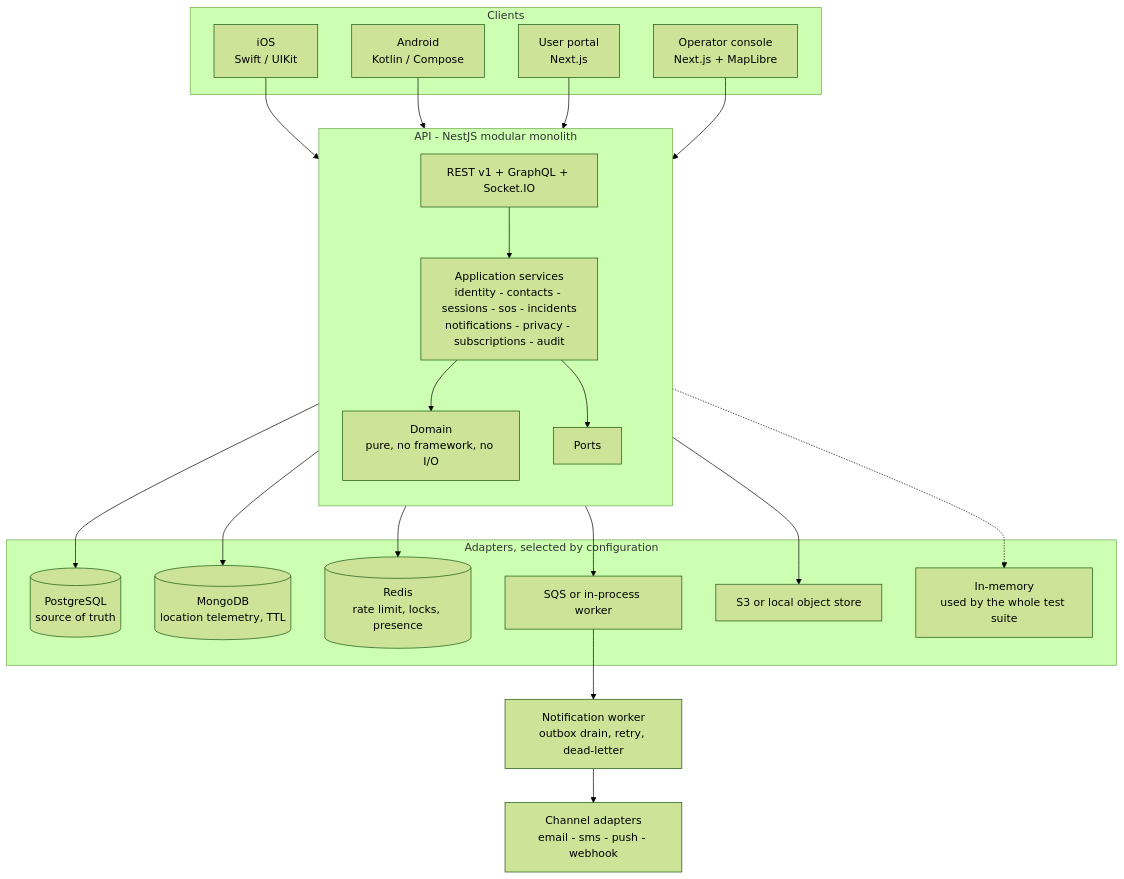
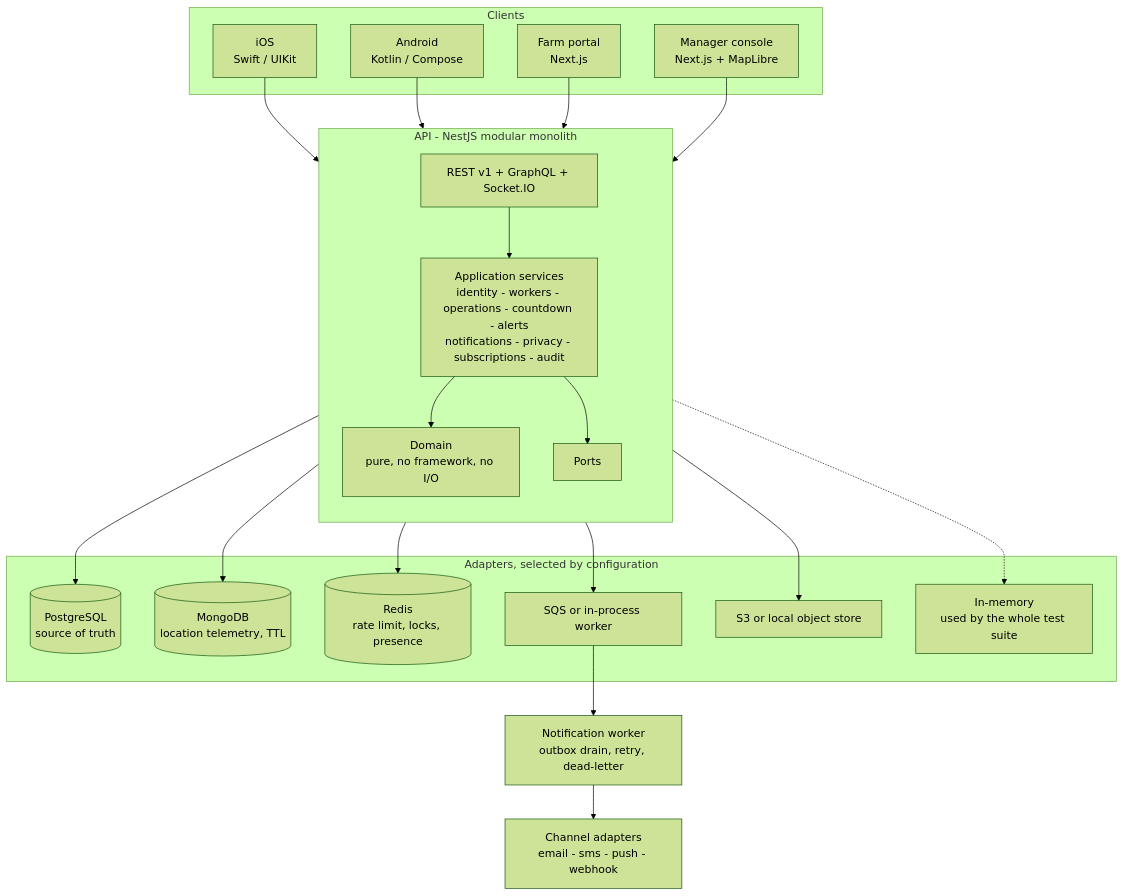
One commit to Sam12355/agricore-farm-platform changed the first of 2 diagrams in README.md. Above: the diagram before and after it, drawn with Mermaid (forest theme). The commit also changed other lines of this file and 205 other files, not shown here.

````diff
--- a/README.md
+++ b/README.md
@@ -47,41 +58,41 @@
 ```mermaid
 flowchart TB
     subgraph clients["Clients"]
         IOS["iOS<br/>Swift / UIKit"]
         AND["Android<br/>Kotlin / Compose"]
-        PORTAL["User portal<br/>Next.js"]
-        CONSOLE["Operator console<br/>Next.js + MapLibre"]
+        PORTAL["Farm portal<br/>Next.js"]
+        CONSOLE["Manager console<br/>Next.js + MapLibre"]
     end
 
     subgraph api["API - NestJS modular monolith"]
         direction TB
         HTTP["REST v1 + GraphQL + Socket.IO"]
-        APP["Application services<br/>identity - contacts - sessions - sos - incidents<br/>notifications - privacy - subscriptions - audit"]
+        APP["Application services<br/>identity - workers - operations - countdown - alerts<br/>notifications - privacy - subscriptions - audit"]
         DOMAIN["Domain<br/>pure, no framework, no I/O"]
         PORTS["Ports"]
         HTTP --> APP --> DOMAIN
         APP --> PORTS
     end
 
     subgraph adapters["Adapters, selected by configuration"]
         PG[("PostgreSQL<br/>source of truth")]
         MG[("MongoDB<br/>location telemetry, TTL")]
         RD[("Redis<br/>rate limit, locks, presence")]
         Q["SQS or in-process worker"]
         S3["S3 or local object store"]
         MEM["In-memory<br/>used by the whole test suite"]
     end
 
     IOS --> HTTP
     AND --> HTTP
     PORTAL --> HTTP
     CONSOLE --> HTTP
     PORTS --> PG
     PORTS --> MG
     PORTS --> RD
     PORTS --> Q
     PORTS --> S3
     PORTS -.-> MEM
     Q --> WORKER["Notification worker<br/>outbox drain, retry, dead-letter"]
     WORKER --> CHANNELS["Channel adapters<br/>email - sms - push - webhook"]
 ```
````
